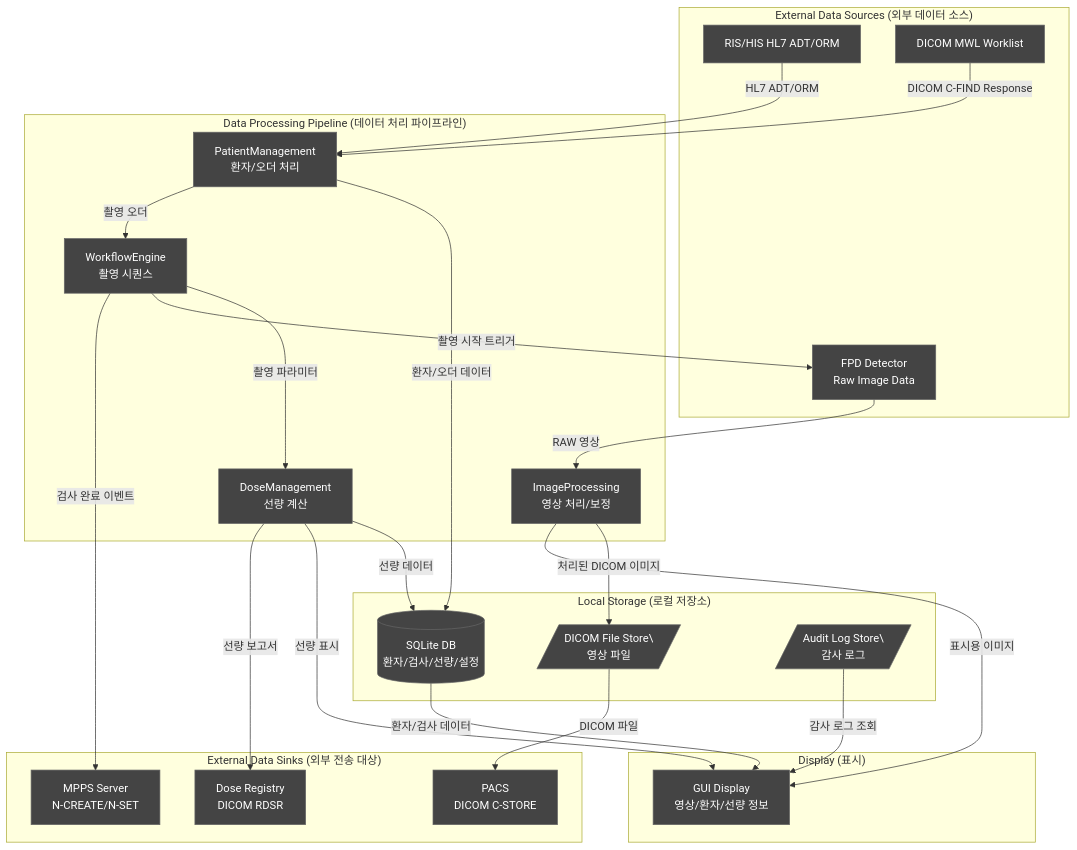
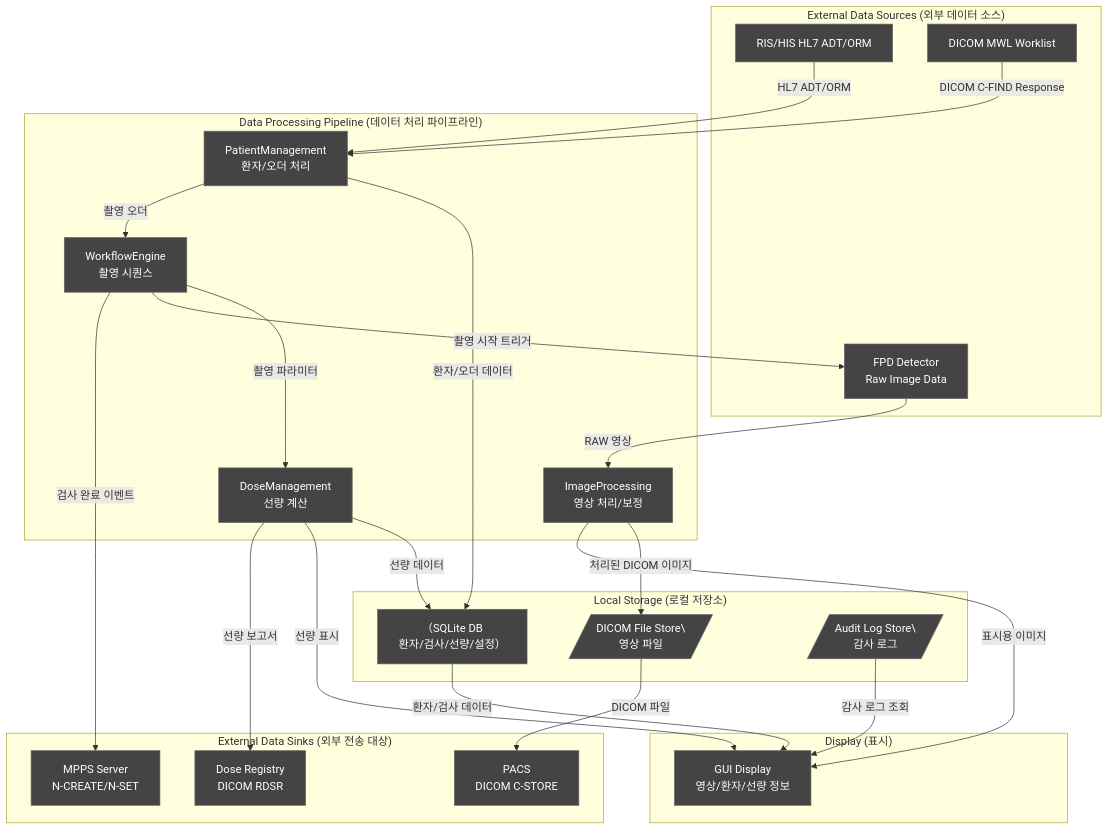
Before and after one commit to holee9/console-gui: the ninth of 14 diagrams in docs/planning/DOC-006_SAD_v1.0.md, drawn with Mermaid. The commit also changed other lines of this file and 22 other files, not shown here.

First line of the commit message:
fix: Mermaid flowchart 노드 내 괄호 파싱 오류 전면 수정

````diff
--- a/docs/planning/DOC-006_SAD_v1.0.md
+++ b/docs/planning/DOC-006_SAD_v1.0.md
@@ -1049,52 +1049,52 @@
 ```mermaid
 flowchart TD
     subgraph "External Data Sources (외부 데이터 소스)"
         RIS_IN[RIS/HIS HL7 ADT/ORM]
         MWL_IN[DICOM MWL Worklist]
         DET_IN[FPD Detector<br/>Raw Image Data]
     end
 
     subgraph "Data Processing Pipeline (데이터 처리 파이프라인)"
         PM_PROC[PatientManagement<br/>환자/오더 처리]
         WF_PROC[WorkflowEngine<br/>촬영 시퀀스]
         IP_PROC[ImageProcessing<br/>영상 처리/보정]
         DM_PROC[DoseManagement<br/>선량 계산]
     end
 
     subgraph "Local Storage (로컬 저장소)"
-        SQLite[(SQLite DB<br/>환자/검사/선량/설정)]
+        SQLite[（SQLite DB<br/>환자/검사/선량/설정）]
         FS_DICOM[/DICOM File Store\<br/>영상 파일/]
         FS_LOG[/Audit Log Store\<br/>감사 로그/]
     end
 
     subgraph "External Data Sinks (외부 전송 대상)"
         PACS_OUT[PACS<br/>DICOM C-STORE]
         MPPS_OUT[MPPS Server<br/>N-CREATE/N-SET]
         DOSE_OUT[Dose Registry<br/>DICOM RDSR]
     end
 
     subgraph "Display (표시)"
         UI_DISP[GUI Display<br/>영상/환자/선량 정보]
     end
 
     RIS_IN -->|HL7 ADT/ORM| PM_PROC
     MWL_IN -->|DICOM C-FIND Response| PM_PROC
     PM_PROC -->|환자/오더 데이터| SQLite
     PM_PROC -->|촬영 오더| WF_PROC
 
     WF_PROC -->|촬영 파라미터| DM_PROC
     WF_PROC -->|촬영 시작 트리거| DET_IN
     DET_IN -->|RAW 영상| IP_PROC
     IP_PROC -->|처리된 DICOM 이미지| FS_DICOM
     IP_PROC -->|표시용 이미지| UI_DISP
     DM_PROC -->|선량 데이터| SQLite
     DM_PROC -->|선량 표시| UI_DISP
 
     FS_DICOM -->|DICOM 파일| PACS_OUT
     WF_PROC -->|검사 완료 이벤트| MPPS_OUT
     DM_PROC -->|선량 보고서| DOSE_OUT
 
     SQLite -->|환자/검사 데이터| UI_DISP
     FS_LOG -->|감사 로그 조회| UI_DISP
     classDef default fill:#444,stroke:#666,color:#fff
 ```
````
